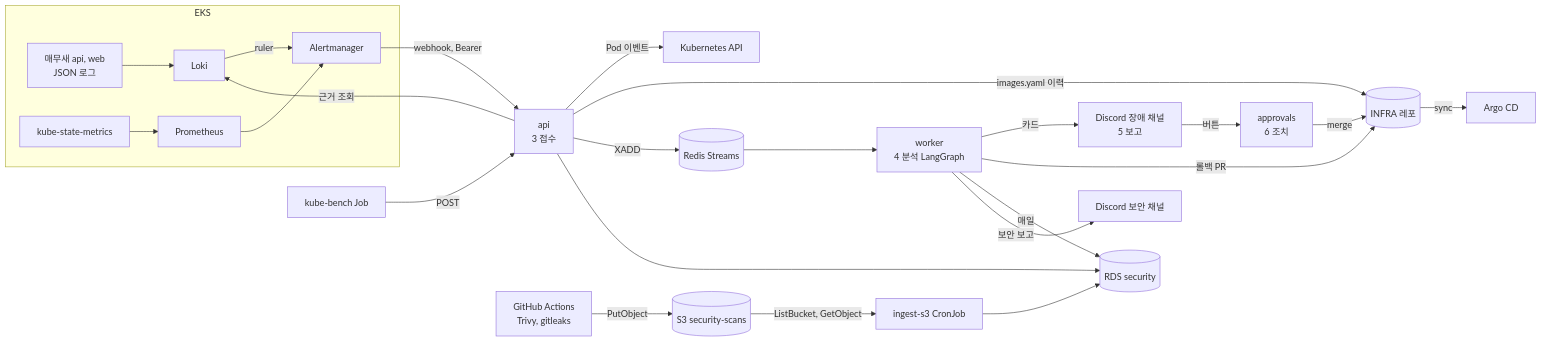
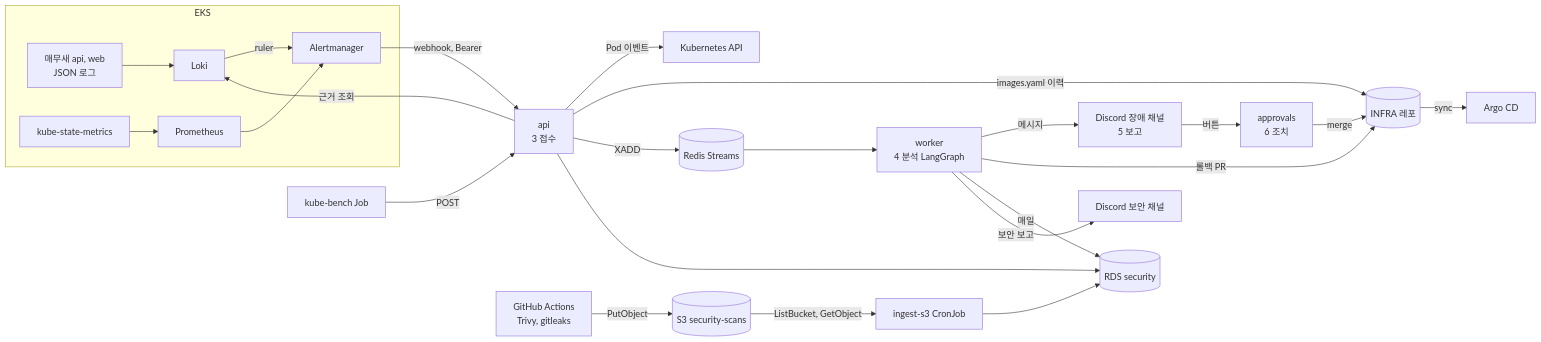
Before and after one commit to saebyeok-baesong/OPS-maemusae: the diagram in README.md, drawn with Mermaid. The commit also changed other lines of this file and 16 other files, not shown here.

````diff
--- a/README.md
+++ b/README.md
@@ -9,27 +9,27 @@
 ```mermaid
 flowchart LR
     subgraph EKS
       API_APP[매무새 api, web<br/>JSON 로그] --> LOKI[Loki]
       KSM[kube-state-metrics] --> PROM[Prometheus]
       LOKI -->|ruler| AM[Alertmanager]
       PROM --> AM
     end
     AM -->|webhook, Bearer| HOOK[api<br/>3 접수]
     HOOK -->|근거 조회| LOKI
     HOOK -->|Pod 이벤트| K8S[Kubernetes API]
     HOOK -->|images.yaml 이력| INFRA[(INFRA 레포)]
     HOOK -->|XADD| Q[(Redis Streams)]
     Q --> W[worker<br/>4 분석 LangGraph]
-    W -->|카드| DC[Discord 장애 채널<br/>5 보고]
+    W -->|메시지| DC[Discord 장애 채널<br/>5 보고]
     W -->|롤백 PR| INFRA
     DC -->|버튼| BOT[approvals<br/>6 조치]
     BOT -->|merge| INFRA
     INFRA -->|sync| ARGO[Argo CD]
     CI[GitHub Actions<br/>Trivy, gitleaks] -->|PutObject| S3[(S3 security-scans)]
     S3 -->|ListBucket, GetObject| ING[ingest-s3 CronJob]
     ING --> SDB[(RDS security)]
     KB[kube-bench Job] -->|POST| HOOK
     HOOK --> SDB
     W -->|매일| SDB
     W -->|보안 보고| DS[Discord 보안 채널]
 ```
````
